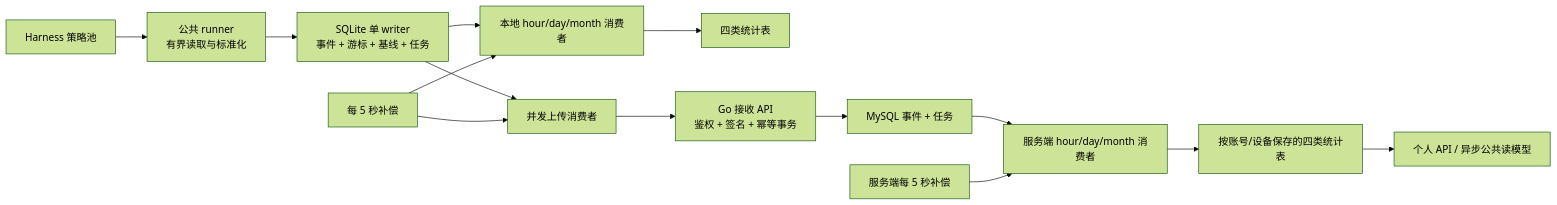
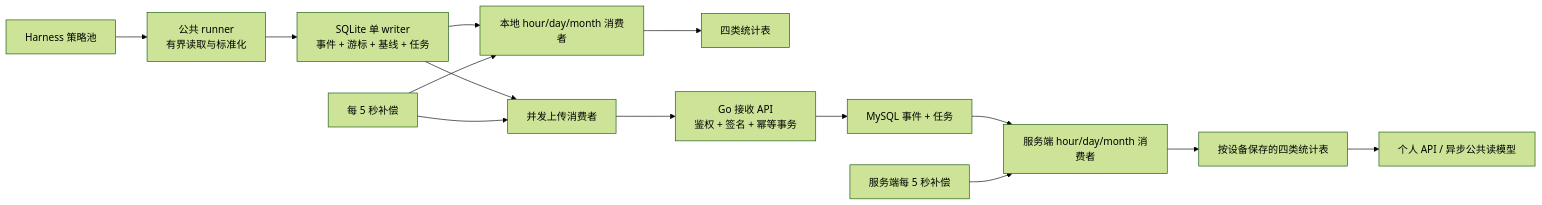
The diagram in docs/event-pipeline-refactor-technical-plan-v1.md (DarrenHoo-10/token_dance), drawn with Mermaid (forest theme) before and after one commit. The commit also changed other lines of this file and 97 other files, not shown here.

````diff
--- a/docs/event-pipeline-refactor-technical-plan-v1.md
+++ b/docs/event-pipeline-refactor-technical-plan-v1.md
@@ -65,16 +65,16 @@
 ```mermaid
 flowchart LR
   A[Harness 策略池] --> B[公共 runner\n有界读取与标准化]
   B --> C[SQLite 单 writer\n事件 + 游标 + 基线 + 任务]
   C --> D[本地 hour/day/month 消费者]
   D --> E[四类统计表]
   C --> F[并发上传消费者]
   F --> G[Go 接收 API\n鉴权 + 签名 + 幂等事务]
   G --> H[MySQL 事件 + 任务]
   H --> I[服务端 hour/day/month 消费者]
-  I --> J[按账号/设备保存的四类统计表]
+  I --> J[按设备保存的四类统计表]
   J --> K[个人 API / 异步公共读模型]
   L[每 5 秒补偿] --> D
   L --> F
   M[服务端每 5 秒补偿] --> I
 ```
````
